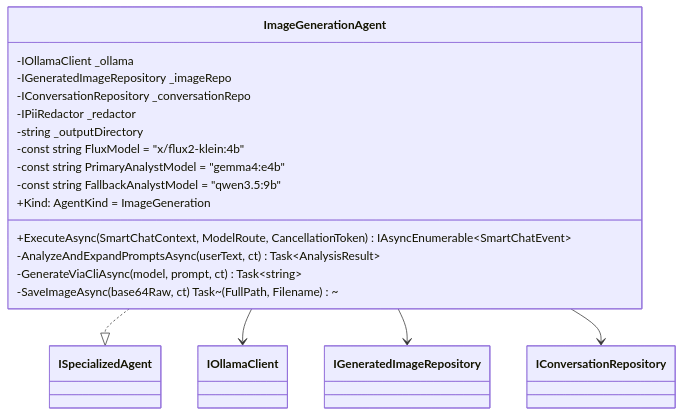
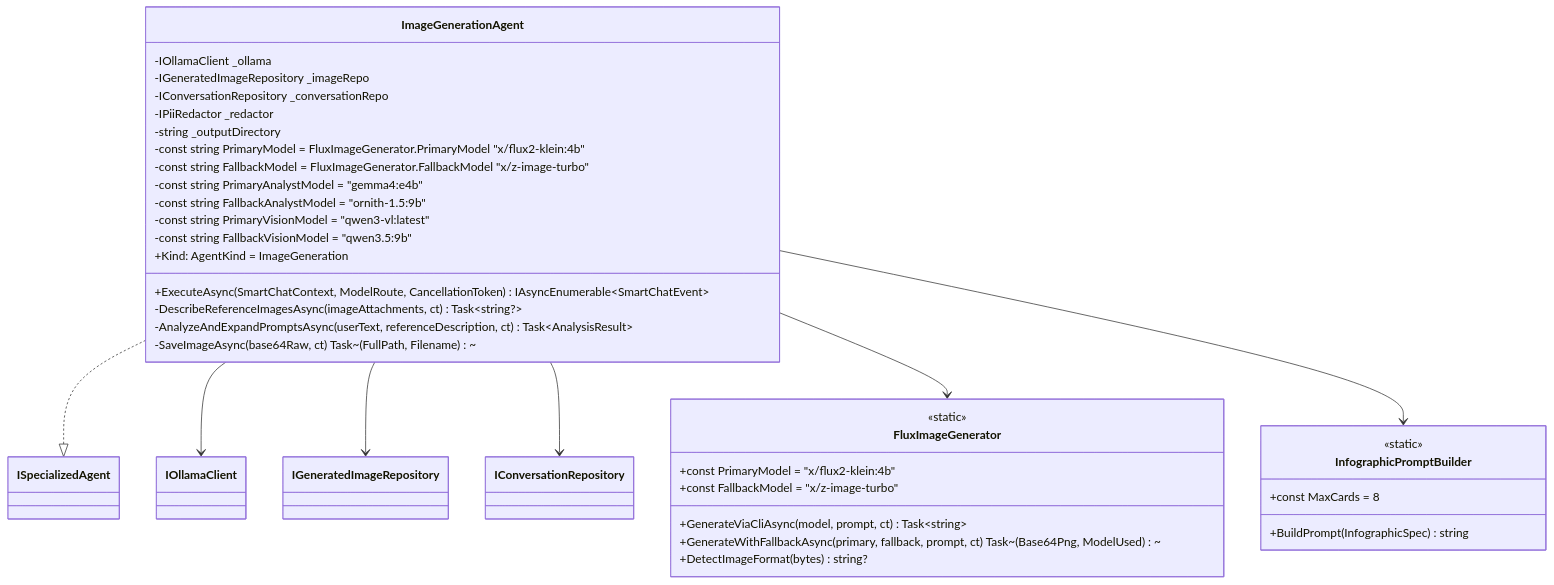
The ninth of 22 diagrams in docs/AGENT_2_AGENT_ARCHITECTURE.md (ekanatha-urivakili/EminentAiAgent), drawn with Mermaid before and after one commit. The commit also changed other lines of this file and 29 other files, not shown here.

````diff
--- a/docs/AGENT_2_AGENT_ARCHITECTURE.md
+++ b/docs/AGENT_2_AGENT_ARCHITECTURE.md
@@ -856,23 +962,43 @@
 ```mermaid
 classDiagram
     class ImageGenerationAgent {
         -IOllamaClient _ollama
         -IGeneratedImageRepository _imageRepo
         -IConversationRepository _conversationRepo
         -IPiiRedactor _redactor
         -string _outputDirectory
-        -const string FluxModel = "x/flux2-klein:4b"
+        -const string PrimaryModel = FluxImageGenerator.PrimaryModel   "x/flux2-klein:4b"
+        -const string FallbackModel = FluxImageGenerator.FallbackModel "x/z-image-turbo"
         -const string PrimaryAnalystModel = "gemma4:e4b"
-        -const string FallbackAnalystModel = "qwen3.5:9b"
+        -const string FallbackAnalystModel = "ornith-1.5:9b"
+        -const string PrimaryVisionModel = "qwen3-vl:latest"
+        -const string FallbackVisionModel = "qwen3.5:9b"
         +Kind: AgentKind = ImageGeneration
         +ExecuteAsync(SmartChatContext, ModelRoute, CancellationToken) IAsyncEnumerable~SmartChatEvent~
-        -AnalyzeAndExpandPromptsAsync(userText, ct) Task~AnalysisResult~
-        -GenerateViaCliAsync(model, prompt, ct) Task~string~
+        -DescribeReferenceImagesAsync(imageAttachments, ct) Task~string?~
+        -AnalyzeAndExpandPromptsAsync(userText, referenceDescription, ct) Task~AnalysisResult~
         -SaveImageAsync(base64Raw, ct) Task~(FullPath, Filename)~
+    }
+
+    class FluxImageGenerator {
+        <<static>>
+        +const PrimaryModel = "x/flux2-klein:4b"
+        +const FallbackModel = "x/z-image-turbo"
+        +GenerateViaCliAsync(model, prompt, ct) Task~string~
+        +GenerateWithFallbackAsync(primary, fallback, prompt, ct) Task~(Base64Png, ModelUsed)~
+        +DetectImageFormat(bytes) string?
+    }
+
+    class InfographicPromptBuilder {
+        <<static>>
+        +const MaxCards = 8
+        +BuildPrompt(InfographicSpec) string
     }
 
     ImageGenerationAgent ..|> ISpecializedAgent
     ImageGenerationAgent --> IOllamaClient
     ImageGenerationAgent --> IGeneratedImageRepository
     ImageGenerationAgent --> IConversationRepository
+    ImageGenerationAgent --> FluxImageGenerator
+    ImageGenerationAgent --> InfographicPromptBuilder
 ```
````
